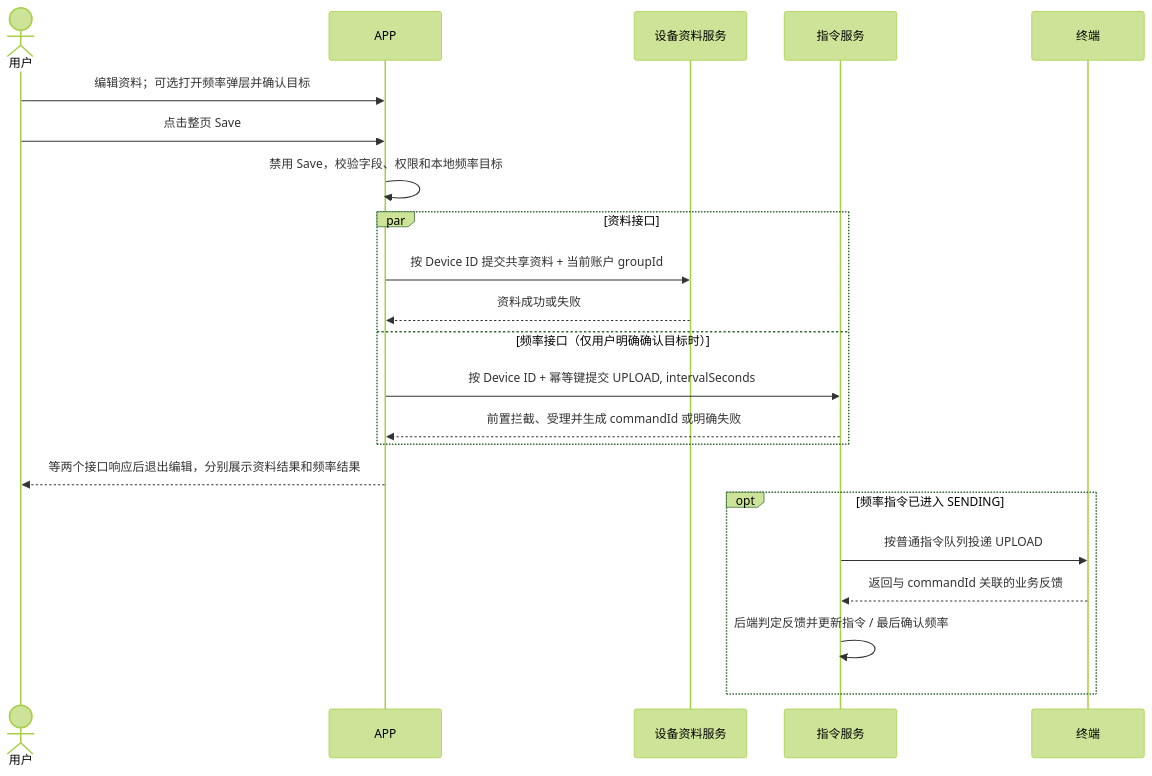
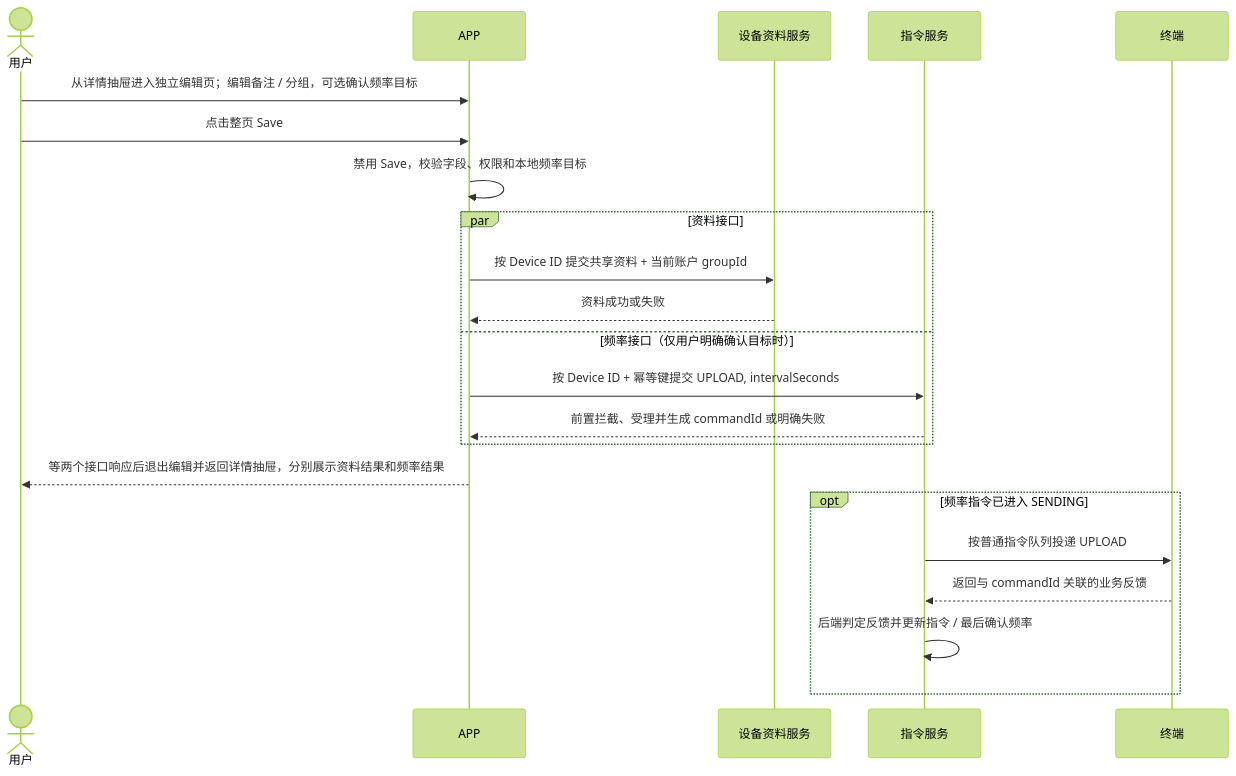
Before and after one commit to CuMgNa/skills: diagram 11 of 13 in docs/manuals/革泰/逻辑大纲/革泰 APP 设备管理逻辑点梳理 plan.md, drawn with Mermaid (forest theme). The commit also changed other lines of this file and 26 other files, not shown here.

````diff
--- a/docs/manuals/革泰/逻辑大纲/革泰 APP 设备管理逻辑点梳理 plan.md
+++ b/docs/manuals/革泰/逻辑大纲/革泰 APP 设备管理逻辑点梳理 plan.md
@@ -1103,25 +1095,25 @@
 ```mermaid
 sequenceDiagram
     actor User as 用户
     participant App as APP
     participant Profile as 设备资料服务
     participant Command as 指令服务
     participant Device as 终端
 
-    User->>App: 编辑资料；可选打开频率弹层并确认目标
+    User->>App: 从详情抽屉进入独立编辑页；编辑备注 / 分组，可选确认频率目标
     User->>App: 点击整页 Save
     App->>App: 禁用 Save，校验字段、权限和本地频率目标
     par 资料接口
         App->>Profile: 按 Device ID 提交共享资料 + 当前账户 groupId
         Profile-->>App: 资料成功或失败
     and 频率接口（仅用户明确确认目标时）
         App->>Command: 按 Device ID + 幂等键提交 UPLOAD, intervalSeconds
         Command-->>App: 前置拦截、受理并生成 commandId 或明确失败
     end
-    App-->>User: 等两个接口响应后退出编辑，分别展示资料结果和频率结果
+    App-->>User: 等两个接口响应后退出编辑并返回详情抽屉，分别展示资料结果和频率结果
     opt 频率指令已进入 SENDING
         Command->>Device: 按普通指令队列投递 UPLOAD
         Device-->>Command: 返回与 commandId 关联的业务反馈
         Command->>Command: 后端判定反馈并更新指令 / 最后确认频率
     end
 ```
````
